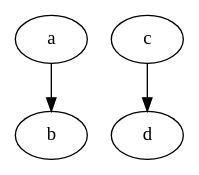
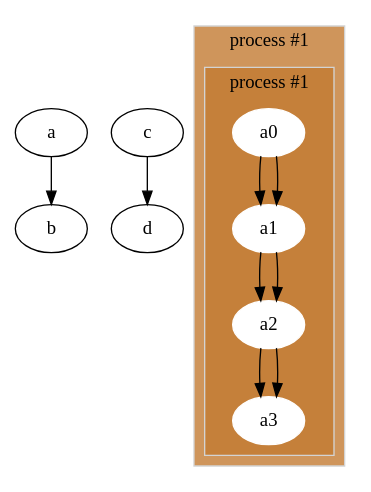
Before and after one commit to Qiu-Weidong/vscode-graphviz-extension: the diagram in examples/main.dot, drawn with Graphviz. The commit also changed 1 other file, not shown here.

```diff
--- a/examples/main.dot
+++ b/examples/main.dot
@@ -1,8 +1,25 @@
 digraph {
     a -> b;
     c -> d;
     fillcolor = "#123456";
     fillcolor = "#c37b33cc";
+    
+    subgraph cluster_0 {
+		style=filled;
+		color=lightgrey;
+		node [style=filled,color=white];
+		a0 -> a1 -> a2 -> a3;
+		label = "process #1";
+
+        subgraph cluster_0 {
+            style=filled;
+            color=lightgrey;
+            node [style=filled,color=white];
+            a0 -> a1 -> a2 -> a3;
+            label = "process #1";
+	    }
+	}
+    
     // fillcolor="#142614";
     
 }
```
